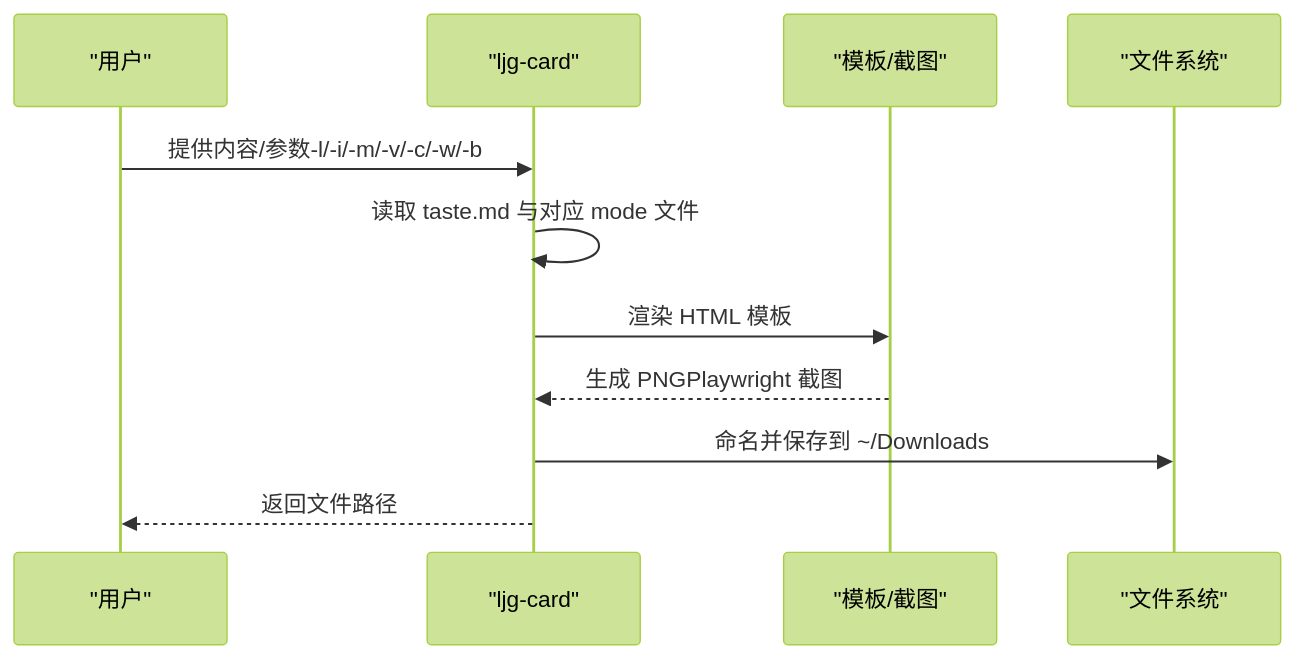
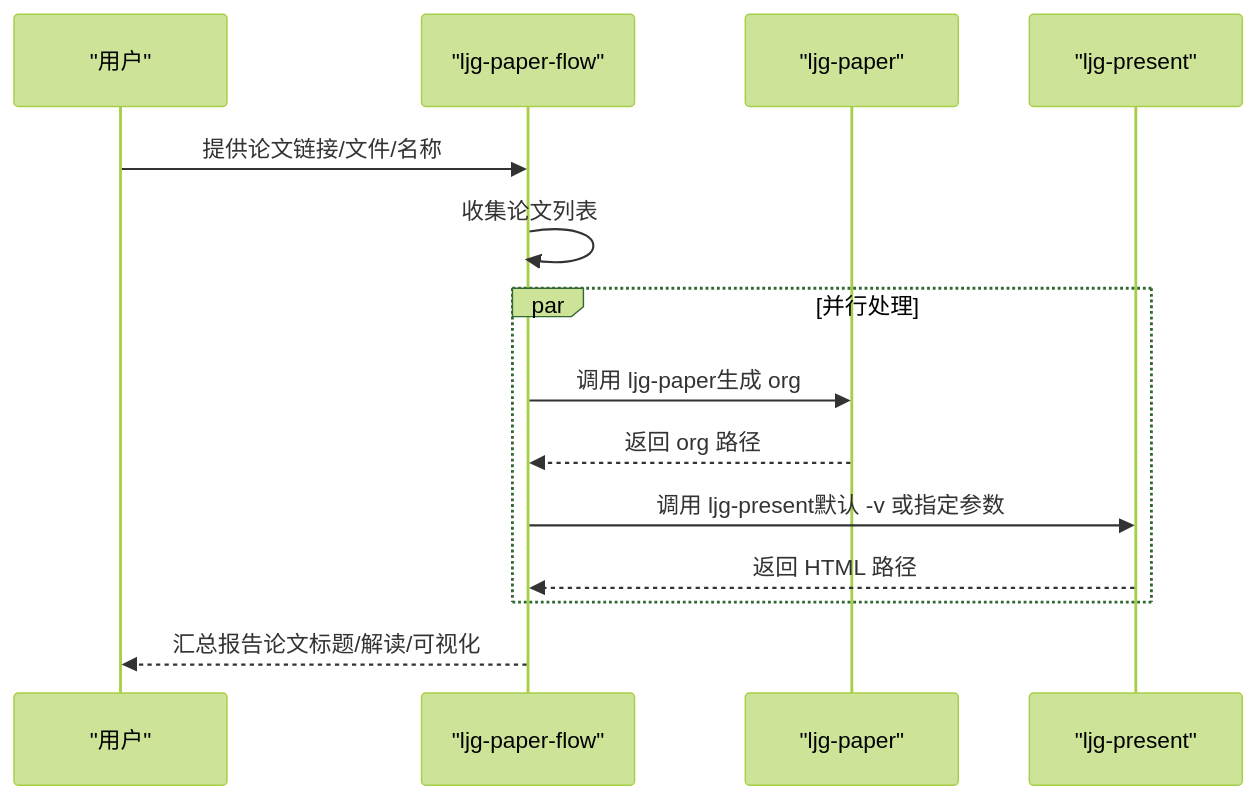
The fifth of 12 diagrams in .qoder/repowiki/zh/content/AI 技能系统/专用技能.md (NTLx/ntlx.github.io), drawn with Mermaid (forest theme) before and after one commit. The commit also changed other lines of this file and 8 other files, not shown here.

````diff
--- a/.qoder/repowiki/zh/content/AI 技能系统/专用技能.md
+++ b/.qoder/repowiki/zh/content/AI 技能系统/专用技能.md
@@ -194,13 +213,16 @@
 ```mermaid
 sequenceDiagram
 participant U as "用户"
-participant C as "ljg-card"
-participant T as "模板/截图"
-participant FS as "文件系统"
-U->>C : 提供内容/参数-l/-i/-m/-v/-c/-w/-b
-C->>C : 读取 taste.md 与对应 mode 文件
-C->>T : 渲染 HTML 模板
-T-->>C : 生成 PNGPlaywright 截图
-C->>FS : 命名并保存到 ~/Downloads
-C-->>U : 返回文件路径
+participant PF as "ljg-paper-flow"
+participant P as "ljg-paper"
+participant PRESENT as "ljg-present"
+U->>PF : 提供论文链接/文件/名称
+PF->>PF : 收集论文列表
+par 并行处理
+PF->>P : 调用 ljg-paper生成 org
+P-->>PF : 返回 org 路径
+PF->>PRESENT : 调用 ljg-present默认 -v 或指定参数
+PRESENT-->>PF : 返回 HTML 路径
+end
+PF-->>U : 汇总报告论文标题/解读/可视化
 ```
````
